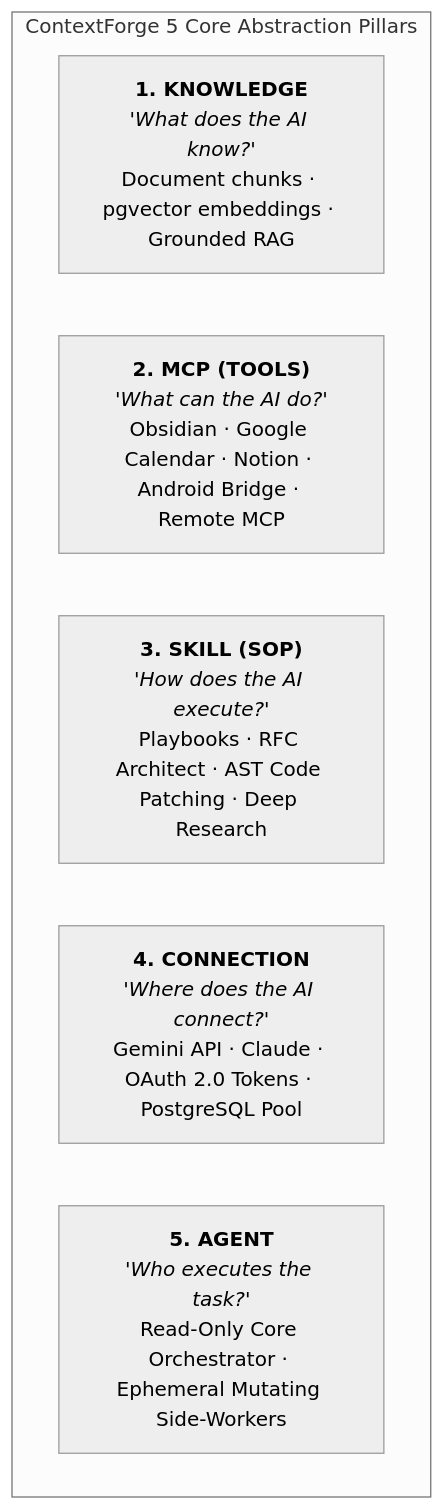
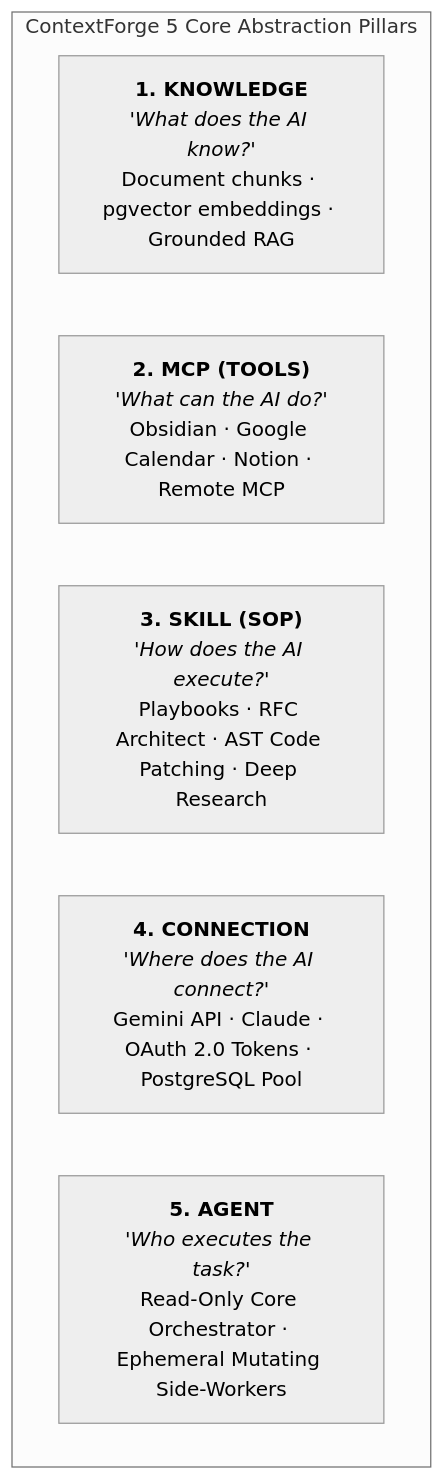
One commit to hasibashari/contextforge changed the first of 3 diagrams in README.md. Above: the diagram before and after it, drawn with Mermaid (neutral theme). The commit also changed other lines of this file and 16 other files, not shown here.

````diff
--- a/README.md
+++ b/README.md
@@ -74,10 +74,10 @@
 ```mermaid
 graph TD
     subgraph Pillars ["ContextForge 5 Core Abstraction Pillars"]
         P1["<b>1. KNOWLEDGE</b><br/><i>'What does the AI know?'</i><br/>Document chunks · pgvector embeddings · Grounded RAG"]
-        P2["<b>2. MCP (TOOLS)</b><br/><i>'What can the AI do?'</i><br/>Obsidian · Google Calendar · Notion · Android Bridge · Remote MCP"]
+        P2["<b>2. MCP (TOOLS)</b><br/><i>'What can the AI do?'</i><br/>Obsidian · Google Calendar · Notion · Remote MCP"]
         P3["<b>3. SKILL (SOP)</b><br/><i>'How does the AI execute?'</i><br/>Playbooks · RFC Architect · AST Code Patching · Deep Research"]
         P4["<b>4. CONNECTION</b><br/><i>'Where does the AI connect?'</i><br/>Gemini API · Claude · OAuth 2.0 Tokens · PostgreSQL Pool"]
         P5["<b>5. AGENT</b><br/><i>'Who executes the task?'</i><br/>Read-Only Core Orchestrator · Ephemeral Mutating Side-Workers"]
     end
 ```
````
